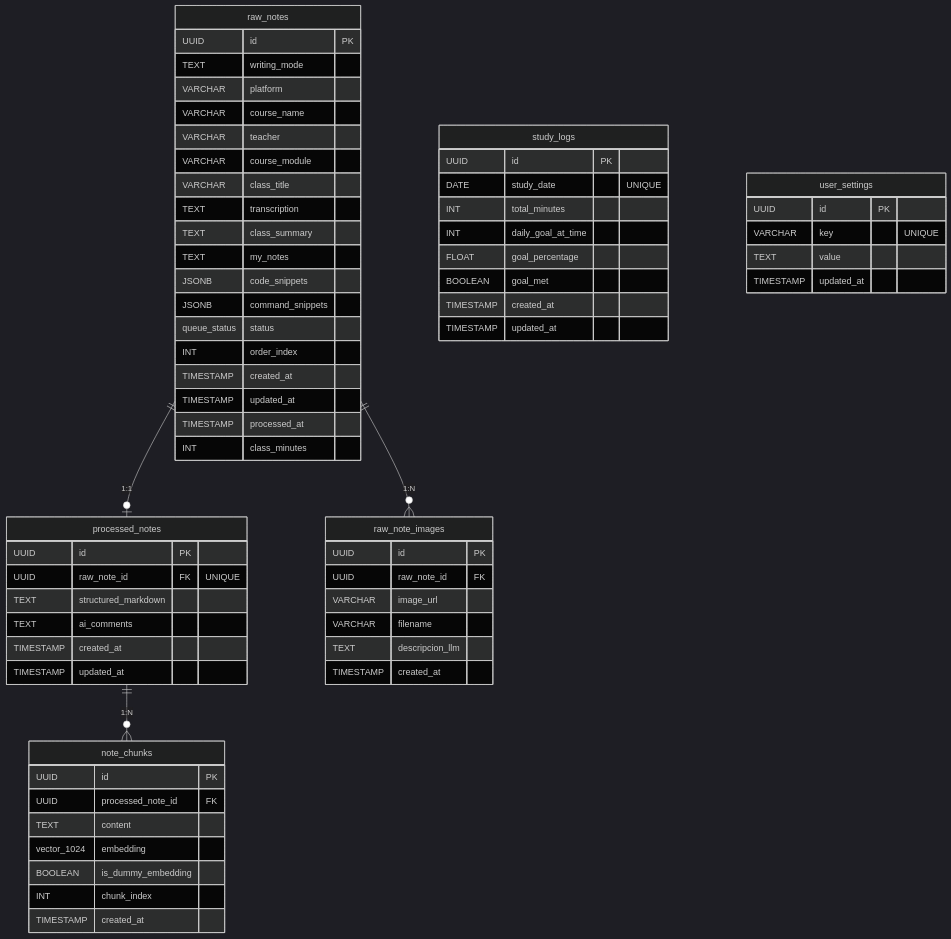
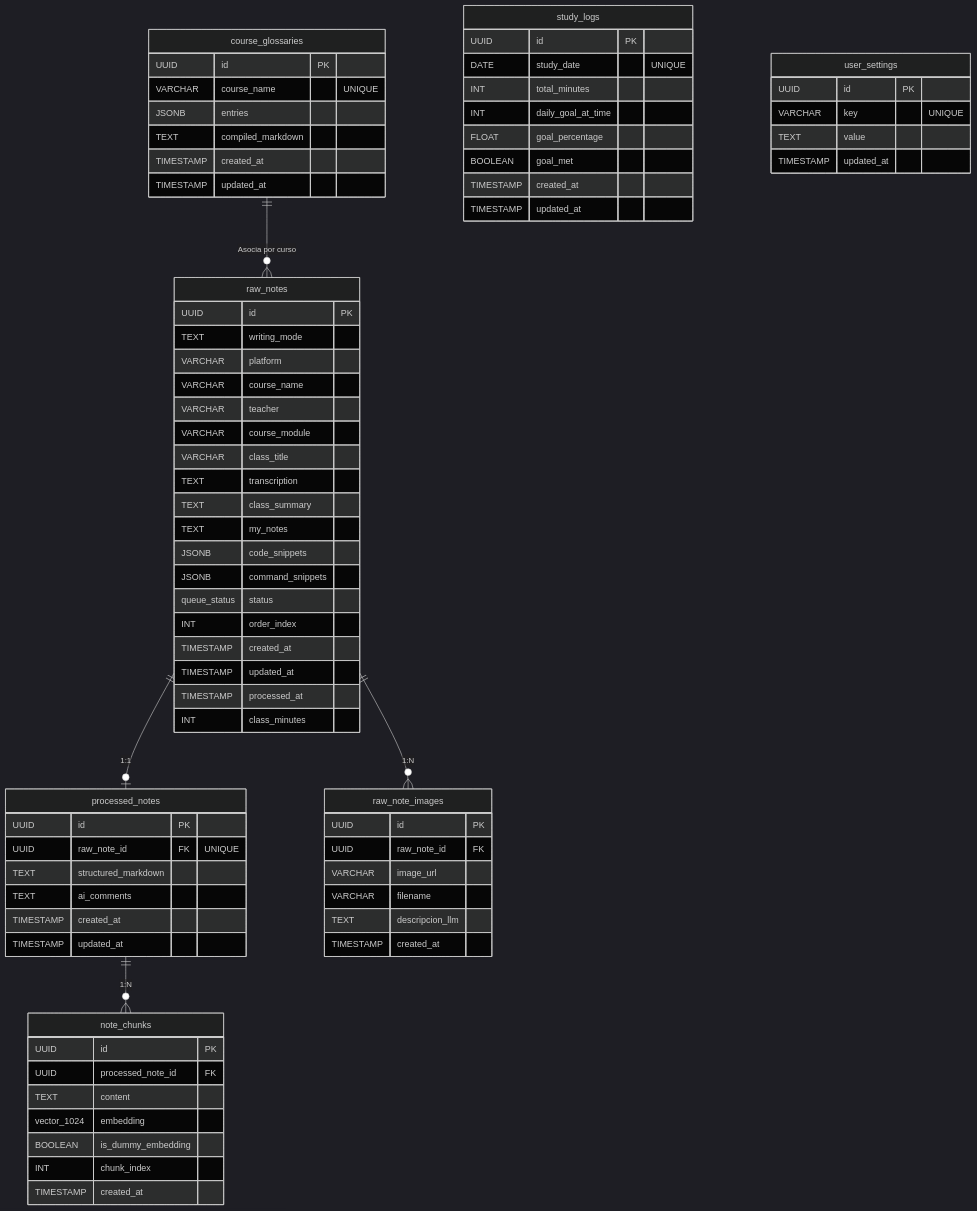
The diagram in db/README.md (JamesKristofUbiarco/Concat-notes), drawn with Mermaid (dark theme) before and after one commit. The commit also changed other lines of this file and 25 other files, not shown here.

````diff
--- a/db/README.md
+++ b/db/README.md
@@ -41,6 +42,7 @@
     raw_notes ||--o| processed_notes : "1:1"
     processed_notes ||--o{ note_chunks : "1:N"
     raw_notes ||--o{ raw_note_images : "1:N"
+    course_glossaries ||--o{ raw_notes : "Asocia por curso"
 
     raw_notes {
         UUID id PK
@@ -108,4 +110,13 @@
         TEXT value
         TIMESTAMP updated_at
     }
+
+    course_glossaries {
+        UUID id PK
+        VARCHAR course_name "UNIQUE"
+        JSONB entries
+        TEXT compiled_markdown
+        TIMESTAMP created_at
+        TIMESTAMP updated_at
+    }
 ```
````
